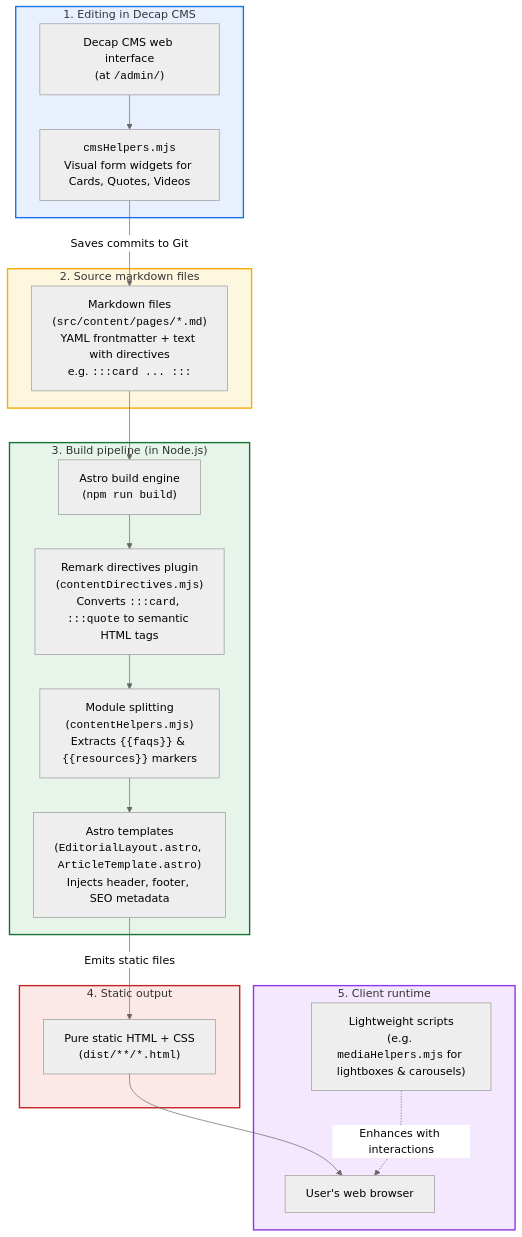
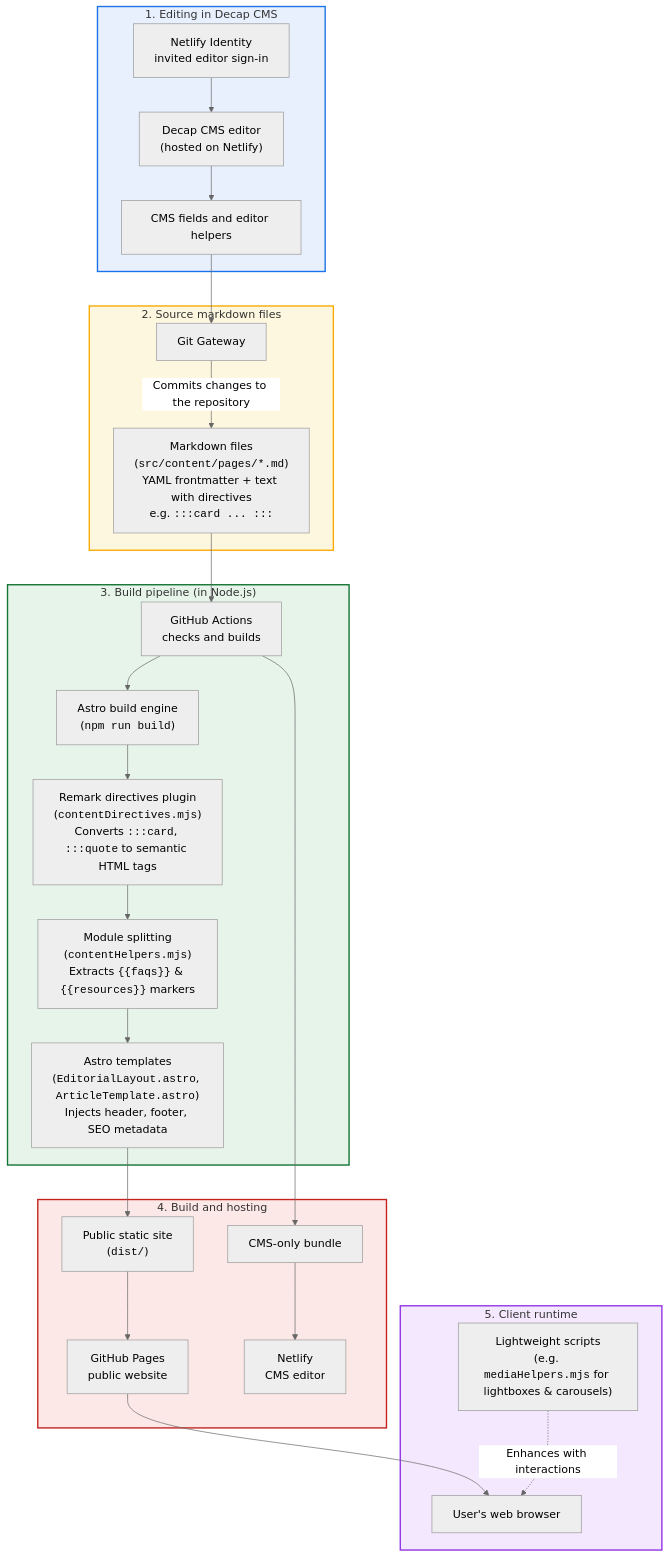
The first of 2 diagrams in docs/content-pipeline.md (LibrariesHacked/libraryon-commons), drawn with Mermaid (neutral theme) before and after one commit. The commit also changed other lines of this file and 37 other files, not shown here.

Commit message:
Fixing CMS bugs and confusing entries plus cleaning code

````diff
--- a/docs/content-pipeline.md
+++ b/docs/content-pipeline.md
@@ -20,43 +21,55 @@
 ```mermaid
 flowchart TD
     subgraph 1_EDIT ["1. Editing in Decap CMS"]
-        CMS["Decap CMS web interface<br/>(at <code>/admin/</code>)"]
-        CMS_HELPERS["<code>cmsHelpers.mjs</code><br/>Visual form widgets for Cards, Quotes, Videos"]
+        CMS["Decap CMS editor<br/>(hosted on Netlify)"]
+        IDENTITY["Netlify Identity<br/>invited editor sign-in"]
+        CMS_HELPERS["CMS fields and editor helpers"]
+        IDENTITY --> CMS
         CMS --> CMS_HELPERS
     end
 
     subgraph 2_SOURCE ["2. Source markdown files"]
         MD_FILES["Markdown files<br/>(<code>src/content/pages/*.md</code>)<br/>YAML frontmatter + text with directives<br/>e.g. <code>:::card ... :::</code>"]
-        CMS_HELPERS -->|Saves commits to Git| MD_FILES
+        GATEWAY["Git Gateway"]
+        CMS_HELPERS --> GATEWAY
+        GATEWAY -->|Commits changes to the repository| MD_FILES
     end
 
     subgraph 3_BUILD ["3. Build pipeline (in Node.js)"]
+        ACTIONS["GitHub Actions<br/>checks and builds"]
         ASTRO["Astro build engine<br/>(<code>npm run build</code>)"]
         REMARK["Remark directives plugin<br/>(<code>contentDirectives.mjs</code>)<br/>Converts <code>:::card</code>, <code>:::quote</code> to semantic HTML tags"]
         CHEERIO["Module splitting<br/>(<code>contentHelpers.mjs</code>)<br/>Extracts <code>{{faqs}}</code> & <code>{{resources}}</code> markers"]
         TEMPLATES["Astro templates<br/>(<code>EditorialLayout.astro</code>, <code>ArticleTemplate.astro</code>)<br/>Injects header, footer, SEO metadata"]
 
-        MD_FILES --> ASTRO
+        MD_FILES --> ACTIONS
+        ACTIONS --> ASTRO
         ASTRO --> REMARK
         REMARK --> CHEERIO
         CHEERIO --> TEMPLATES
     end
 
-    subgraph 4_DIST ["4. Static output"]
-        HTML["Pure static HTML + CSS<br/>(<code>dist/**/*.html</code>)"]
-        TEMPLATES -->|Emits static files| HTML
+    subgraph 4_DIST ["4. Build and hosting"]
+        HTML["Public static site<br/>(<code>dist/</code>)"]
+        ADMIN["CMS-only bundle"]
+        PAGES["GitHub Pages<br/>public website"]
+        NETLIFY["Netlify<br/>CMS editor"]
+        TEMPLATES --> HTML
+        ACTIONS --> ADMIN
+        HTML --> PAGES
+        ADMIN --> NETLIFY
     end
 
     subgraph 5_CLIENT ["5. Client runtime"]
         BROWSER["User's web browser"]
         CLIENT_JS["Lightweight scripts<br/>(e.g. <code>mediaHelpers.mjs</code> for lightboxes & carousels)"]
-        HTML --> BROWSER
+        PAGES --> BROWSER
         CLIENT_JS -.->|Enhances with interactions| BROWSER
     end
 
     style 1_EDIT fill:#e8f0fe,stroke:#1a73e8,stroke-width:2px
     style 2_SOURCE fill:#fef7e0,stroke:#f9ab00,stroke-width:2px
     style 3_BUILD fill:#e6f4ea,stroke:#137333,stroke-width:2px
     style 4_DIST fill:#fce8e6,stroke:#c5221f,stroke-width:2px
     style 5_CLIENT fill:#f3e8fd,stroke:#9334e6,stroke-width:2px
 ```
````
